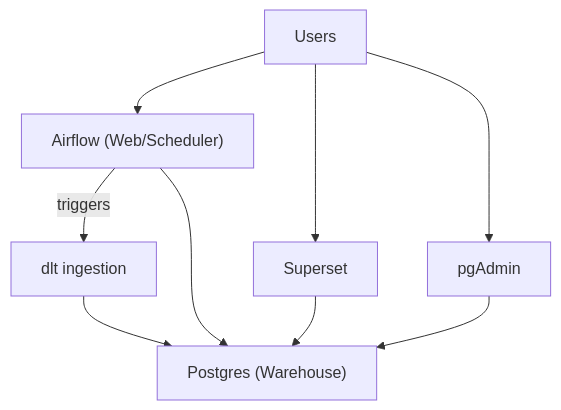
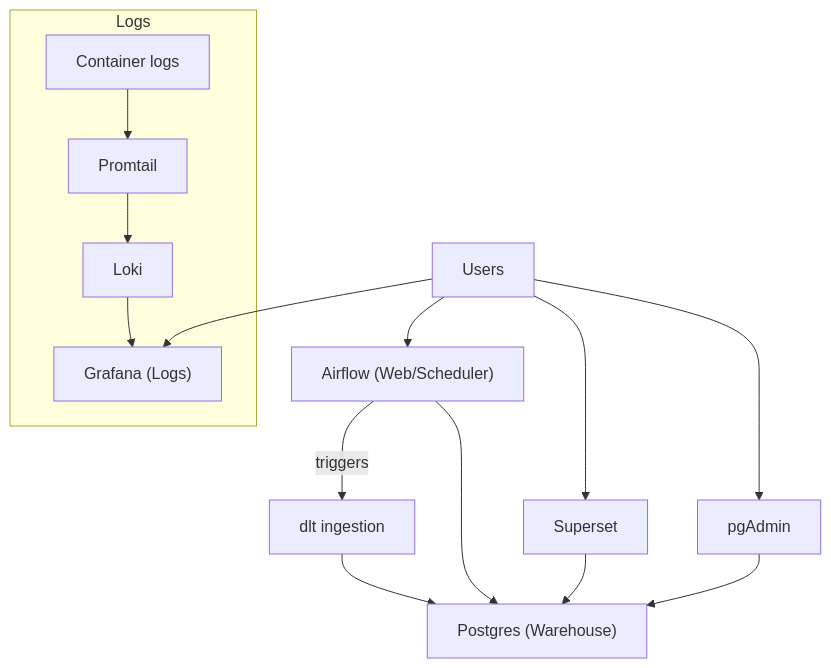
Before and after one commit to jordansgoodman/DataFoundry: the diagram in README.md, drawn with Mermaid.

Commit message:
Update README logging architecture

````diff
--- a/README.md
+++ b/README.md
@@ -16,12 +16,17 @@
 ```mermaid
 flowchart TD
   U["Users"] --> AF["Airflow (Web/Scheduler)"]
   U --> SS["Superset"]
   U --> PGA["pgAdmin"]
+  U --> GF["Grafana (Logs)"]
 
   AF -->|triggers| DLT["dlt ingestion"]
   DLT --> PG["Postgres (Warehouse)"]
   AF --> PG
   SS --> PG
   PGA --> PG
+
+  subgraph Logs
+    L["Container logs"] --> PT["Promtail"] --> LK["Loki"] --> GF
+  end
 ```
````
